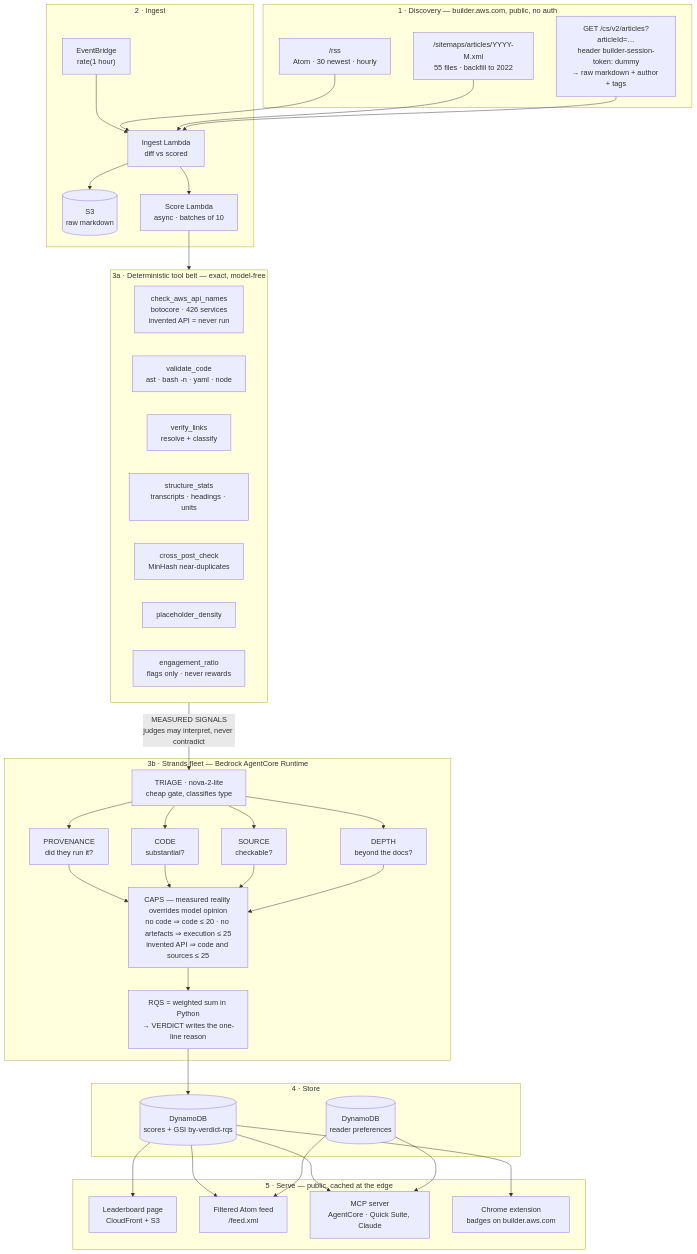
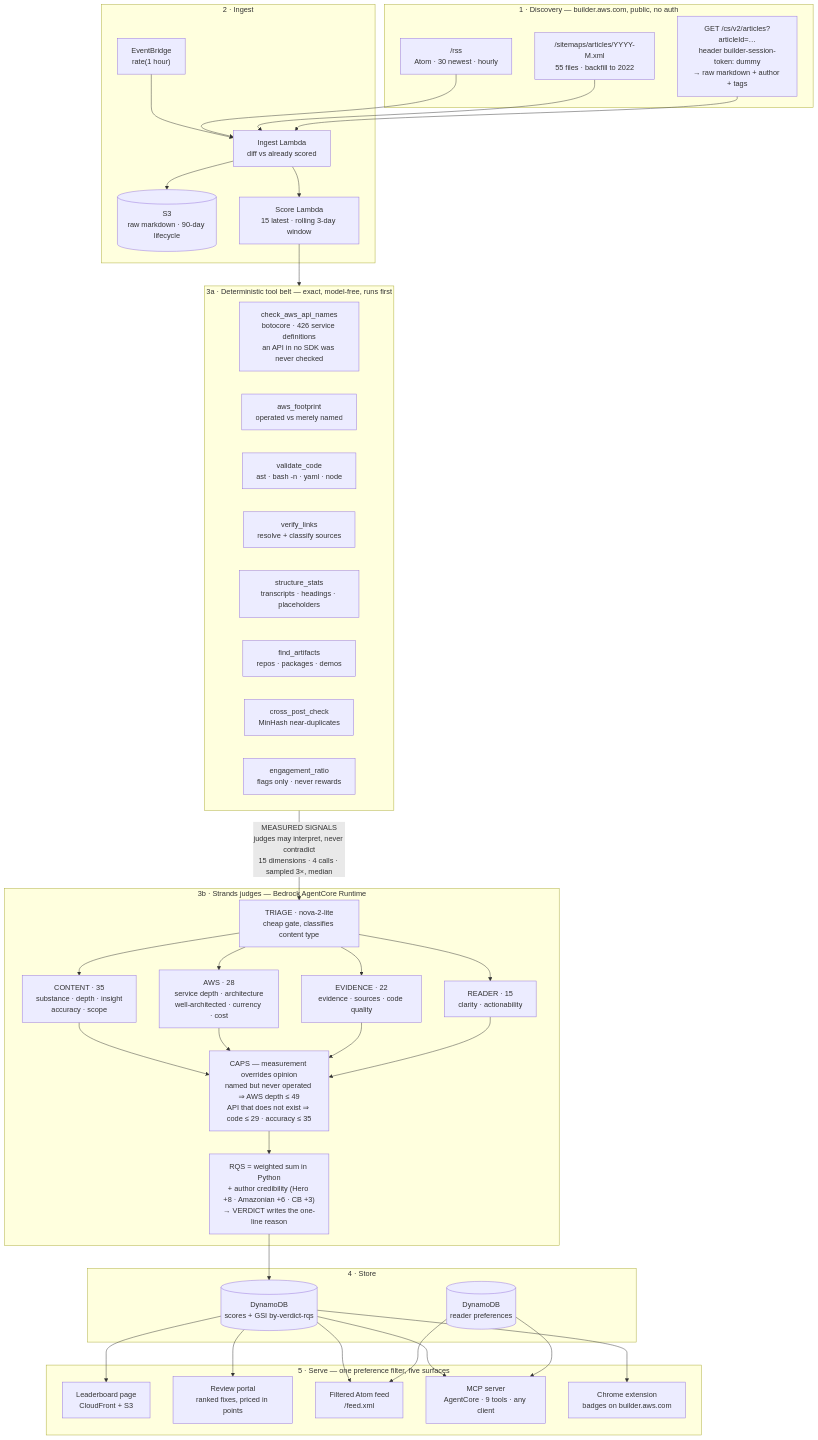
The diagram in docs/architecture.mmd (Vivek0712/assay), drawn with Mermaid before and after one commit. The commit also changed 2 other files, not shown here.

Commit message:
docs: bring architecture diagram and README in line with the current rubric
Both still described the pre-rework design: the old four judges
(PROVENANCE / CODE / SOURCE / DEPTH), execution-proof caps, and a tool
belt missing aws_footprint and find_artifacts.

- architecture.svg / .mmd: renamed to Assay, eight-tool belt, the four
  judge families with their weights, current caps (named-but-never-
  operated -> AWS depth <= 49; nonexistent API -> code <= 29, accuracy
  <= 35), 15-article rolling window, and the review portal as a fifth
  serving surface
- README: measure-before-judging premise instead of prove-you-ran-it,
  correct tool table, cap examples that match scorer.apply_caps, the
  nine MCP tool names, current default corpus flags, and the likes
  correlation stated with its sample size (r = -0.09, n = 302)

```diff
--- a/docs/architecture.mmd
+++ b/docs/architecture.mmd
@@ -1,63 +1,66 @@
-%% ShouldIRead architecture (mermaid source; docs/architecture.svg is the rendered version)
+%% Assay architecture (mermaid source; docs/architecture.svg is the rendered version)
 flowchart TB
 
   subgraph DISCOVERY["1 · Discovery — builder.aws.com, public, no auth"]
     RSS["/rss<br/>Atom · 30 newest · hourly"]
     SM["/sitemaps/articles/YYYY-M.xml<br/>55 files · backfill to 2022"]
     API["GET /cs/v2/articles?articleId=…<br/>header builder-session-token: dummy<br/>→ raw markdown + author + tags"]
   end
 
   subgraph INGEST["2 · Ingest"]
-    EB["EventBridge<br/>rate(1 hour)"] --> IL["Ingest Lambda<br/>diff vs scored"]
-    IL --> S3[("S3<br/>raw markdown")]
-    IL --> SL["Score Lambda<br/>async · batches of 10"]
+    EB["EventBridge<br/>rate(1 hour)"] --> IL["Ingest Lambda<br/>diff vs already scored"]
+    IL --> S3[("S3<br/>raw markdown · 90-day lifecycle")]
+    IL --> SL["Score Lambda<br/>15 latest · rolling 3-day window"]
   end
 
-  subgraph TOOLS["3a · Deterministic tool belt — exact, model-free"]
-    T1["check_aws_api_names<br/>botocore · 426 services<br/>invented API = never run"]
-    T2["validate_code<br/>ast · bash -n · yaml · node"]
-    T3["verify_links<br/>resolve + classify"]
-    T4["structure_stats<br/>transcripts · headings · units"]
-    T5["cross_post_check<br/>MinHash near-duplicates"]
-    T6["placeholder_density"]
-    T7["engagement_ratio<br/>flags only · never rewards"]
+  subgraph TOOLS["3a · Deterministic tool belt — exact, model-free, runs first"]
+    T1["check_aws_api_names<br/>botocore · 426 service definitions<br/>an API in no SDK was never checked"]
+    T2["aws_footprint<br/>operated vs merely named"]
+    T3["validate_code<br/>ast · bash -n · yaml · node"]
+    T4["verify_links<br/>resolve + classify sources"]
+    T5["structure_stats<br/>transcripts · headings · placeholders"]
+    T6["find_artifacts<br/>repos · packages · demos"]
+    T7["cross_post_check<br/>MinHash near-duplicates"]
+    T8["engagement_ratio<br/>flags only · never rewards"]
   end
 
-  subgraph FLEET["3b · Strands fleet — Bedrock AgentCore Runtime"]
-    TR["TRIAGE · nova-2-lite<br/>cheap gate, classifies type"]
-    TR --> PR["PROVENANCE<br/>did they run it?"]
-    TR --> CD["CODE<br/>substantial?"]
-    TR --> SR["SOURCE<br/>checkable?"]
-    TR --> DP["DEPTH<br/>beyond the docs?"]
-    PR --> CAP
-    CD --> CAP
-    SR --> CAP
-    DP --> CAP
-    CAP["CAPS — measured reality overrides model opinion<br/>no code ⇒ code ≤ 20 · no artefacts ⇒ execution ≤ 25<br/>invented API ⇒ code and sources ≤ 25"]
-    CAP --> RQS["RQS = weighted sum in Python<br/>→ VERDICT writes the one-line reason"]
+  subgraph FLEET["3b · Strands judges — Bedrock AgentCore Runtime"]
+    TR["TRIAGE · nova-2-lite<br/>cheap gate, classifies content type"]
+    TR --> CT["CONTENT · 35<br/>substance · depth · insight<br/>accuracy · scope"]
+    TR --> AW["AWS · 28<br/>service depth · architecture<br/>well-architected · currency · cost"]
+    TR --> EV["EVIDENCE · 22<br/>evidence · sources · code quality"]
+    TR --> RD["READER · 15<br/>clarity · actionability"]
+    CT --> CAP
+    AW --> CAP
+    EV --> CAP
+    RD --> CAP
+    CAP["CAPS — measurement overrides opinion<br/>named but never operated ⇒ AWS depth ≤ 49<br/>API that does not exist ⇒ code ≤ 29 · accuracy ≤ 35"]
+    CAP --> RQS["RQS = weighted sum in Python<br/>+ author credibility (Hero +8 · Amazonian +6 · CB +3)<br/>→ VERDICT writes the one-line reason"]
   end
 
   subgraph STORE["4 · Store"]
     DDB[("DynamoDB<br/>scores + GSI by-verdict-rqs")]
     PREF[("DynamoDB<br/>reader preferences")]
   end
 
-  subgraph SERVE["5 · Serve — public, cached at the edge"]
+  subgraph SERVE["5 · Serve — one preference filter, five surfaces"]
     PAGE["Leaderboard page<br/>CloudFront + S3"]
+    REV["Review portal<br/>ranked fixes, priced in points"]
     FEED["Filtered Atom feed<br/>/feed.xml"]
-    MCP["MCP server<br/>AgentCore · Quick Suite, Claude"]
+    MCP["MCP server<br/>AgentCore · 9 tools · any client"]
     EXT["Chrome extension<br/>badges on builder.aws.com"]
   end
 
   RSS --> IL
   SM --> IL
   API --> IL
   SL --> TOOLS
-  TOOLS -- "MEASURED SIGNALS<br/>judges may interpret, never contradict" --> TR
+  TOOLS -- "MEASURED SIGNALS<br/>judges may interpret, never contradict<br/>15 dimensions · 4 calls · sampled 3×, median" --> TR
   RQS --> DDB
   DDB --> PAGE
+  DDB --> REV
   DDB --> FEED
   DDB --> MCP
   DDB --> EXT
   PREF --> FEED
   PREF --> MCP
```
